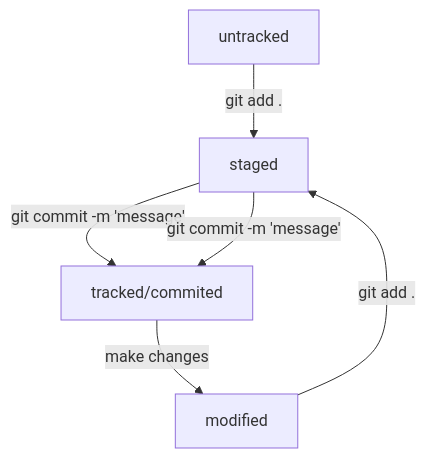
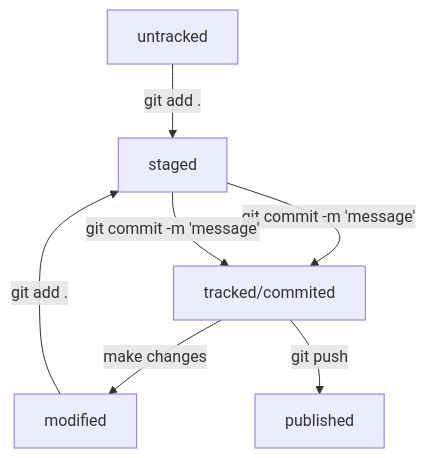
The second of 2 diagrams in README.md (rayneadm/yapr), drawn with Mermaid before and after one commit.

Commit message:
feet: Add schem 2 state pushed

````diff
--- a/README.md
+++ b/README.md
@@ -164,9 +164,10 @@
 ```mermaid
 %% schem of git files life cycle 
 graph TD;
   untracked -- "git add ." --> staged;
   staged    -- "git commit -m 'message'" --> tracked/commited;
   tracked/commited   -- "make changes"--> modified;
   modified  -- "git add ." --> staged;
   staged    -- "git commit -m 'message'" --> tracked/commited;
+  tracked/commited  -- "git push" --> published;
 ```
````
